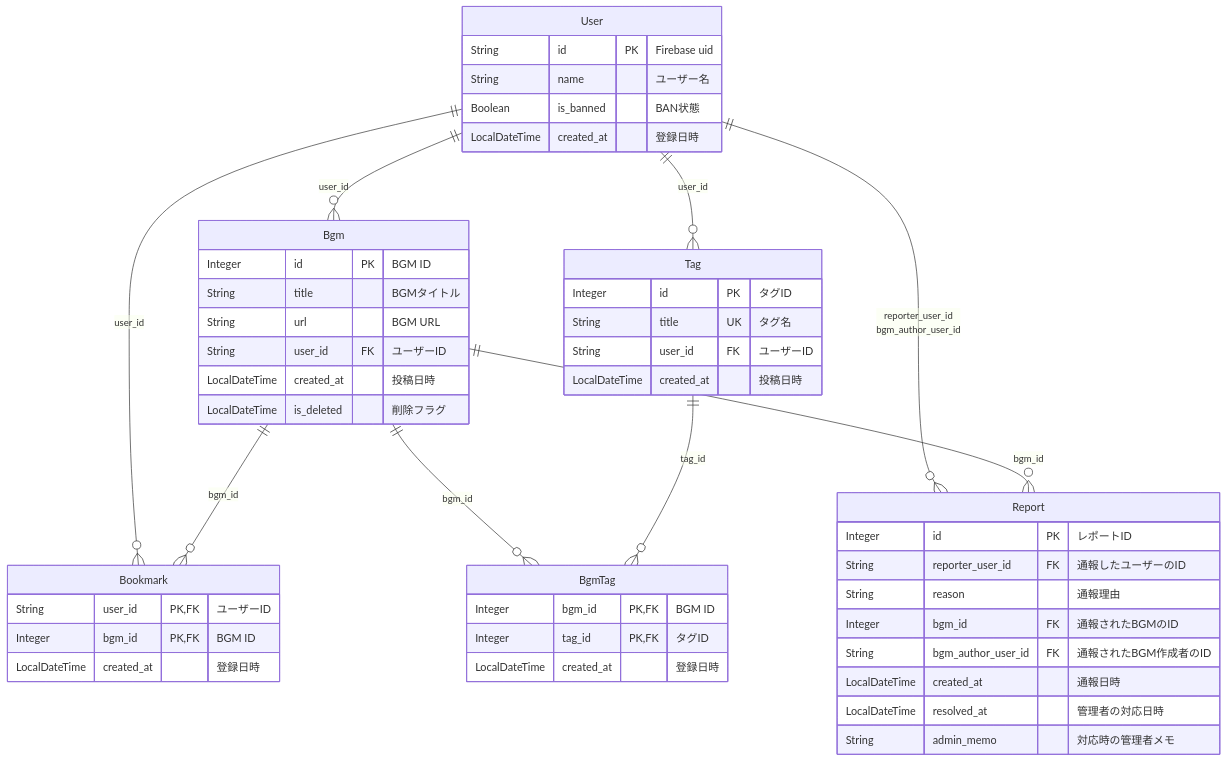
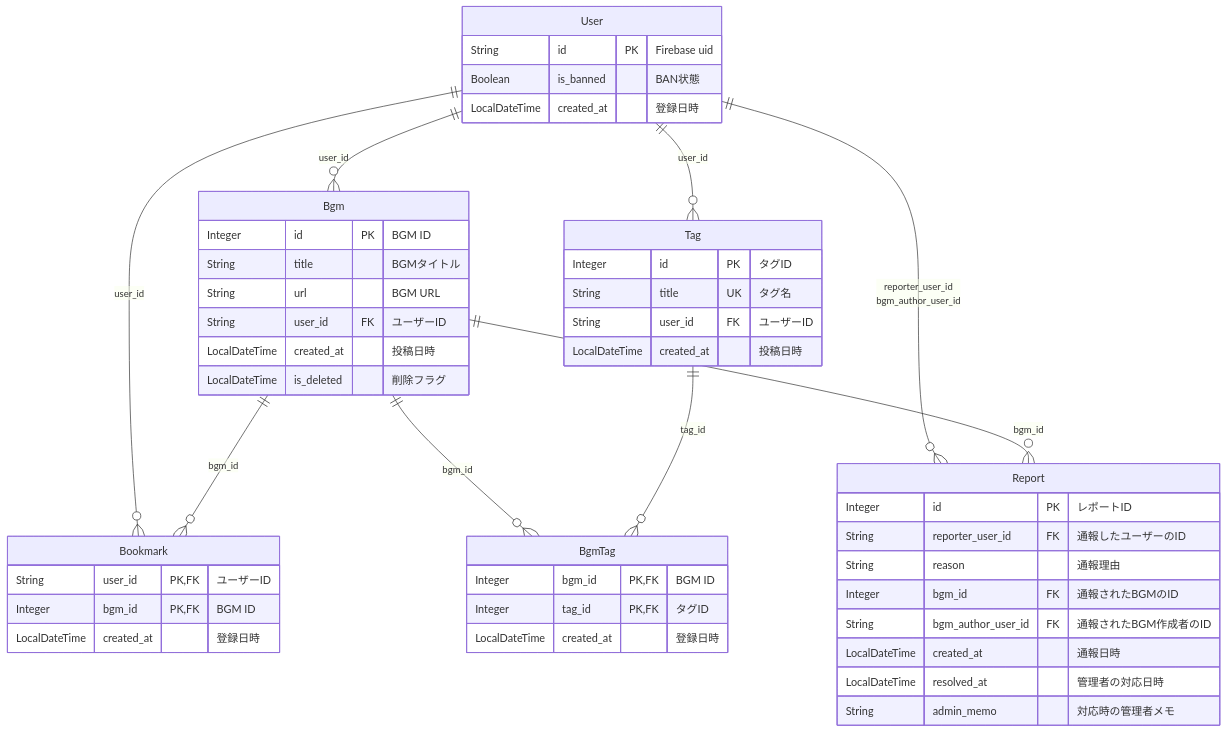
The diagram in docs/er.md (kagomen/bgm-api-springboot), drawn with Mermaid before and after one commit. The commit also changed 2 other files, not shown here.

Commit message:
User.nameの削除

````diff
--- a/docs/er.md
+++ b/docs/er.md
@@ -5,58 +5,57 @@
 ```mermaid
 erDiagram
 
 User {
 String id PK "Firebase uid"
-String name "ユーザー名"
 Boolean is_banned "BAN状態"
 LocalDateTime created_at "登録日時"
 }
 
 Bgm {
 Integer id PK "BGM ID"
 String title "BGMタイトル"
 String url "BGM URL"
 String user_id FK "ユーザーID"
 LocalDateTime created_at "投稿日時"
 LocalDateTime is_deleted "削除フラグ"
 }
 
 Bookmark {
 String user_id PK,FK "ユーザーID"
 Integer bgm_id PK,FK "BGM ID"
 LocalDateTime created_at "登録日時"
 }
 
 Tag {
 Integer id PK "タグID"
 String title UK "タグ名"
 String user_id FK "ユーザーID"
 LocalDateTime created_at "投稿日時"
 }
 
 BgmTag {
 Integer bgm_id PK,FK "BGM ID"
 Integer tag_id PK,FK "タグID"
 LocalDateTime created_at "登録日時"
 }
 
 Report {
 Integer id PK "レポートID"
 String reporter_user_id FK "通報したユーザーのID"
 String reason "通報理由"
 Integer bgm_id FK "通報されたBGMのID"
 String bgm_author_user_id FK "通報されたBGM作成者のID"
 LocalDateTime created_at "通報日時"
 LocalDateTime resolved_at "管理者の対応日時"
 String admin_memo "対応時の管理者メモ"
 }
 
 User ||--o{ Bgm : user_id
 User ||--o{ Bookmark : user_id
 User ||--o{ Tag : user_id
 User ||--o{ Report : "reporter_user_id<br />bgm_author_user_id"
 Bgm ||--o{ Bookmark : bgm_id
 Bgm ||--o{ BgmTag : bgm_id
 Bgm ||--o{ Report : bgm_id
 Tag ||--o{ BgmTag : tag_id
 ```
````
